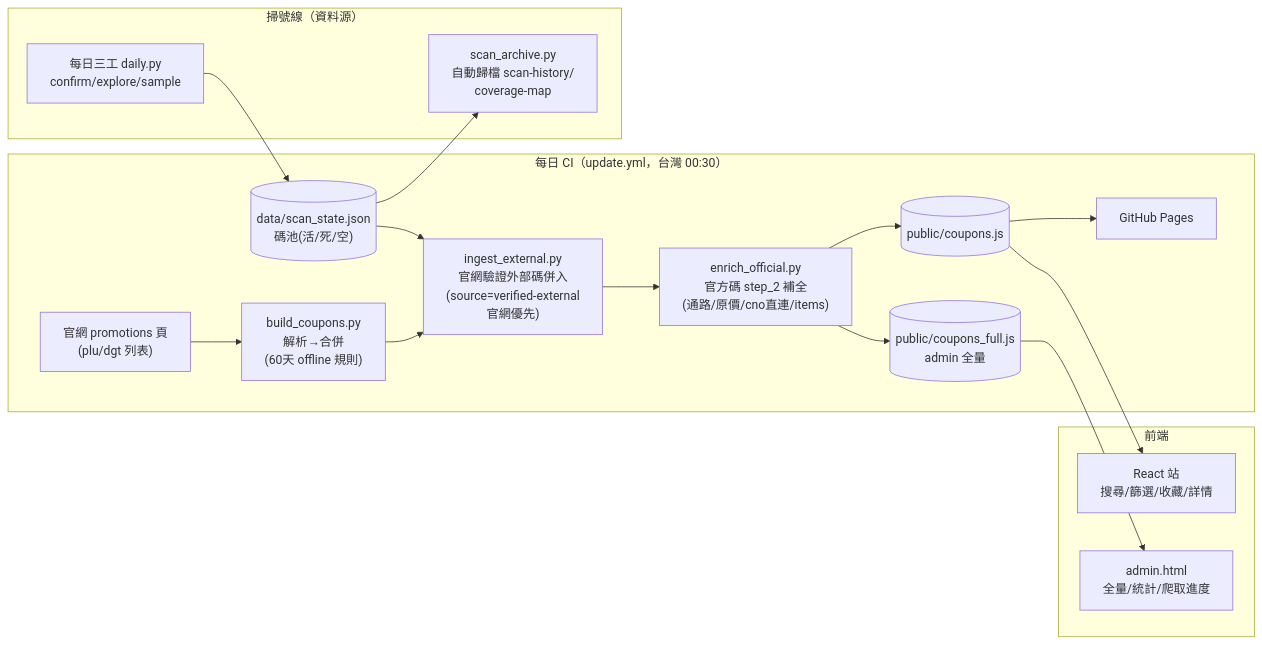
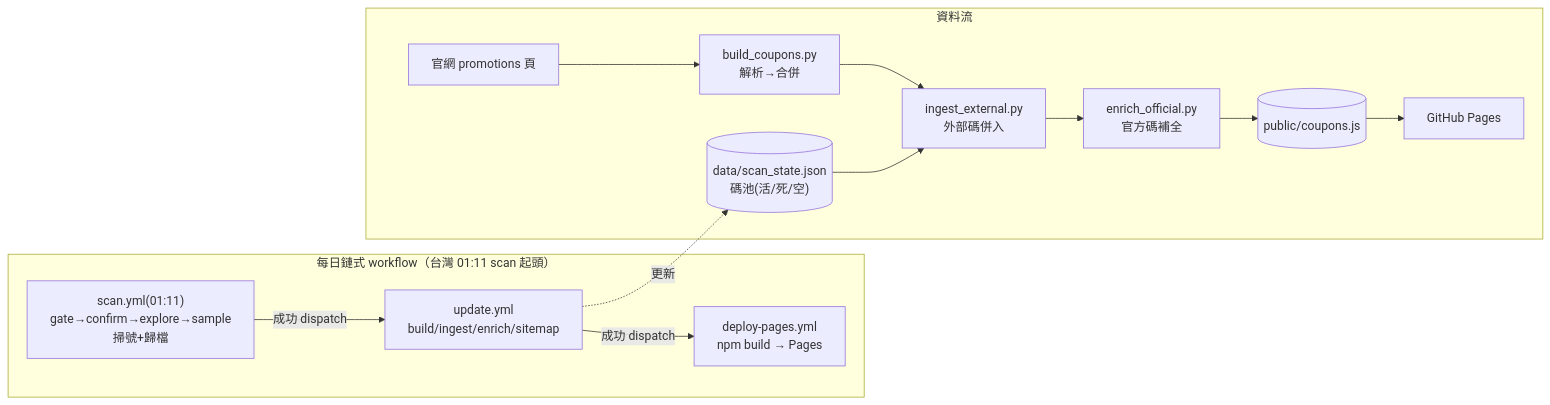
One commit to happk/HutDeals changed the first of 2 diagrams in docs/workflow.md. Above: the diagram before and after it, drawn with Mermaid. The commit also changed other lines of this file and 1 other file, not shown here.

Commit message:
docs: workflow/code-structure 更新為鏈式 CI(scan 01:11→dispatch update→dispatch deploy)
反映 2026-09-08 鏈式 workflow：update 無固定 cron、repository_dispatch 觸發；
gate 熔斷(open issue 禁掃)；archive/tool 已刪除移除提及。

````diff
--- a/docs/workflow.md
+++ b/docs/workflow.md
@@ -8,22 +8,17 @@
 ```mermaid
 flowchart LR
-  subgraph 每日CI["每日 CI（update.yml，台灣 00:30）"]
-    OFF["官網 promotions 頁<br/>(plu/dgt 列表)"] --> BUILD["build_coupons.py<br/>解析→合併<br/>(60天 offline 規則)"]
-    STATE[("data/scan_state.json<br/>碼池(活/死/空)")] --> INGEST["ingest_external.py<br/>官網驗證外部碼併入<br/>(source=verified-external<br/>官網優先)"]
+  subgraph 每日CI["每日鏈式 workflow（台灣 01:11 scan 起頭）"]
+    SCAN["scan.yml(01:11)<br/>gate→confirm→explore→sample<br/>掃號+歸檔"] -->|"成功 dispatch"| UPDATE["update.yml<br/>build/ingest/enrich/sitemap"]
+    UPDATE -->|"成功 dispatch"| DEPLOY["deploy-pages.yml<br/>npm build → Pages"]
+  end
+
+  subgraph 資料流["資料流"]
+    OFF["官網 promotions 頁"] --> BUILD["build_coupons.py<br/>解析→合併"]
+    STATE[("data/scan_state.json<br/>碼池(活/死/空)")] --> INGEST["ingest_external.py<br/>外部碼併入"]
     BUILD --> INGEST
-    INGEST --> ENRICH["enrich_official.py<br/>官方碼 step_2 補全<br/>(通路/原價/cno直連/items)"]
+    INGEST --> ENRICH["enrich_official.py<br/>官方碼補全"]
     ENRICH --> OUT[("public/coupons.js")]
-    ENRICH --> FULL[("public/coupons_full.js<br/>admin 全量")]
     OUT --> PAGES["GitHub Pages"]
   end
-
-  subgraph 掃號線["掃號線（資料源）"]
-    DUAL["每日三工 daily.py<br/>confirm/explore/sample"] --> STATE
-    STATE --> ARCH["scan_archive.py<br/>自動歸檔 scan-history/<br/>coverage-map"]
-  end
-
-  subgraph 前端
-    OUT --> SITE["React 站<br/>搜尋/篩選/收藏/詳情"]
-    FULL --> ADMIN["admin.html<br/>全量/統計/爬取進度"]
-  end
+  UPDATE -.更新.-> STATE
 ```
````
